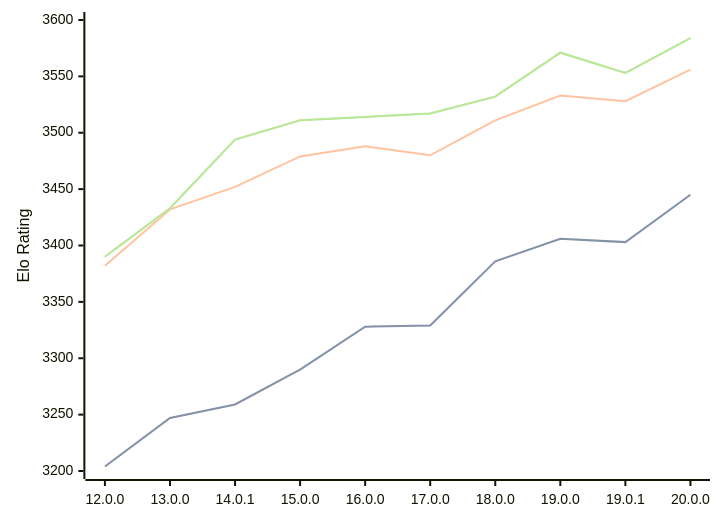
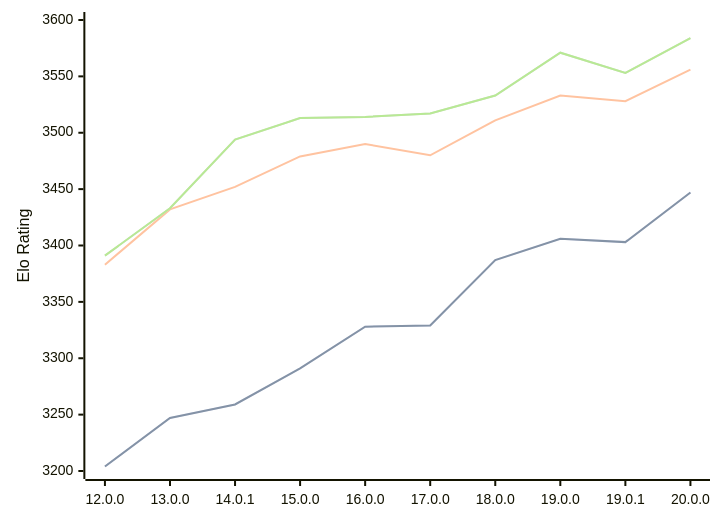
One commit to computer-chess-index/cci changed the diagram in engines/Viridithas.md. Above: the diagram before and after it, drawn with Mermaid. The commit also changed other lines of this file, not shown here.

Commit message:
Update CCI Ratings (ELO VLTC) - 2026-08-25

````diff
--- a/engines/Viridithas.md
+++ b/engines/Viridithas.md
@@ -40,11 +40,11 @@
 ```mermaid
 %%{init: {"theme":"base","themeVariables":{"seriesColors:['#a3a3a3','#222221','#faa371']}}}%%
 xychart-beta
   x-axis ["12.0.0", "13.0.0", "14.0.1", "15.0.0", "16.0.0", "17.0.0", "18.0.0", "19.0.0", "19.0.1", "20.0.0"]
   y-axis "Elo Rating" 3200 --> 3600
-  line "STC (8.0+0.08s)" [3204, 3247, 3259, 3290, 3328, 3329, 3386, 3406, 3403, 3445]
-  line "STC (8.0+0.08s)" [3204, 3247, 3259, 3290, 3328, 3329, 3386, 3406, 3403, 3445]
-  line "LTC (60.0+0.60s)" [3382, 3432, 3452, 3479, 3488, 3480, 3511, 3533, 3528, 3556]
-  line "VLTC (2m24s+1.12s)" [3390, 3433, 3494, 3511, 3514, 3517, 3532, 3571, 3553, 3584]
-  line "VLTC (2m24s+1.12s)" [3390, 3433, 3494, 3511, 3514, 3517, 3532, 3571, 3553, 3584]
+  line "STC (8.0+0.08s)" [3204, 3247, 3259, 3291, 3328, 3329, 3387, 3406, 3403, 3447]
+  line "STC (8.0+0.08s)" [3204, 3247, 3259, 3291, 3328, 3329, 3387, 3406, 3403, 3447]
+  line "LTC (60.0+0.60s)" [3383, 3432, 3452, 3479, 3490, 3480, 3511, 3533, 3528, 3556]
+  line "VLTC (2m24s+1.12s)" [3391, 3433, 3494, 3513, 3514, 3517, 3533, 3571, 3553, 3584]
+  line "VLTC (2m24s+1.12s)" [3391, 3433, 3494, 3513, 3514, 3517, 3533, 3571, 3553, 3584]
 ```
````
